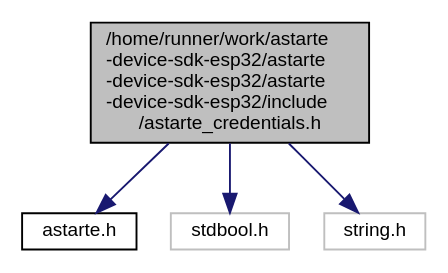
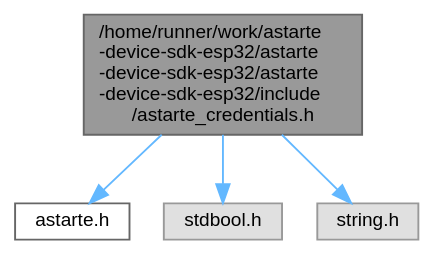
The diagram in device-sdks/esp32/snapshot/api/astarte__credentials_8h__incl.dot (astarte-platform/docs), drawn with Graphviz before and after one commit. The commit also changed 181 other files, not shown here.

Commit message:
Update ESP32 SDK documentation

```diff
--- a/device-sdks/esp32/snapshot/api/astarte__credentials_8h__incl.dot
+++ b/device-sdks/esp32/snapshot/api/astarte__credentials_8h__incl.dot
@@ -1,13 +1,14 @@
 digraph "/home/runner/work/astarte-device-sdk-esp32/astarte-device-sdk-esp32/astarte-device-sdk-esp32/include/astarte_credentials.h"
 {
  // LATEX_PDF_SIZE
-  edge [fontname="Helvetica",fontsize="10",labelfontname="Helvetica",labelfontsize="10"];
-  node [fontname="Helvetica",fontsize="10",shape=record];
-  Node1 [label="/home/runner/work/astarte\l-device-sdk-esp32/astarte\l-device-sdk-esp32/astarte\l-device-sdk-esp32/include\l/astarte_credentials.h",height=0.2,width=0.4,color="black", fillcolor="grey75", style="filled", fontcolor="black",tooltip="Astarte credentials functions."];
-  Node1 -> Node2 [color="midnightblue",fontsize="10",style="solid",fontname="Helvetica"];
-  Node2 [label="astarte.h",height=0.2,width=0.4,color="black", fillcolor="white", style="filled",URL="$astarte_8h.html",tooltip="Astarte types and defines."];
-  Node1 -> Node3 [color="midnightblue",fontsize="10",style="solid",fontname="Helvetica"];
-  Node3 [label="stdbool.h",height=0.2,width=0.4,color="grey75", fillcolor="white", style="filled",tooltip=" "];
-  Node1 -> Node4 [color="midnightblue",fontsize="10",style="solid",fontname="Helvetica"];
-  Node4 [label="string.h",height=0.2,width=0.4,color="grey75", fillcolor="white", style="filled",tooltip=" "];
+  bgcolor="transparent";
+  edge [fontname=Helvetica,fontsize=10,labelfontname=Helvetica,labelfontsize=10];
+  node [fontname=Helvetica,fontsize=10,shape=box,height=0.2,width=0.4];
+  Node1 [id="Node000001",label="/home/runner/work/astarte\l-device-sdk-esp32/astarte\l-device-sdk-esp32/astarte\l-device-sdk-esp32/include\l/astarte_credentials.h",height=0.2,width=0.4,color="gray40", fillcolor="grey60", style="filled", fontcolor="black",tooltip="Astarte credentials functions."];
+  Node1 -> Node2 [id="edge1_Node000001_Node000002",color="steelblue1",style="solid",tooltip=" "];
+  Node2 [id="Node000002",label="astarte.h",height=0.2,width=0.4,color="grey40", fillcolor="white", style="filled",URL="$astarte_8h.html",tooltip="Astarte types and defines."];
+  Node1 -> Node3 [id="edge2_Node000001_Node000003",color="steelblue1",style="solid",tooltip=" "];
+  Node3 [id="Node000003",label="stdbool.h",height=0.2,width=0.4,color="grey60", fillcolor="#E0E0E0", style="filled",tooltip=" "];
+  Node1 -> Node4 [id="edge3_Node000001_Node000004",color="steelblue1",style="solid",tooltip=" "];
+  Node4 [id="Node000004",label="string.h",height=0.2,width=0.4,color="grey60", fillcolor="#E0E0E0", style="filled",tooltip=" "];
 }
```
